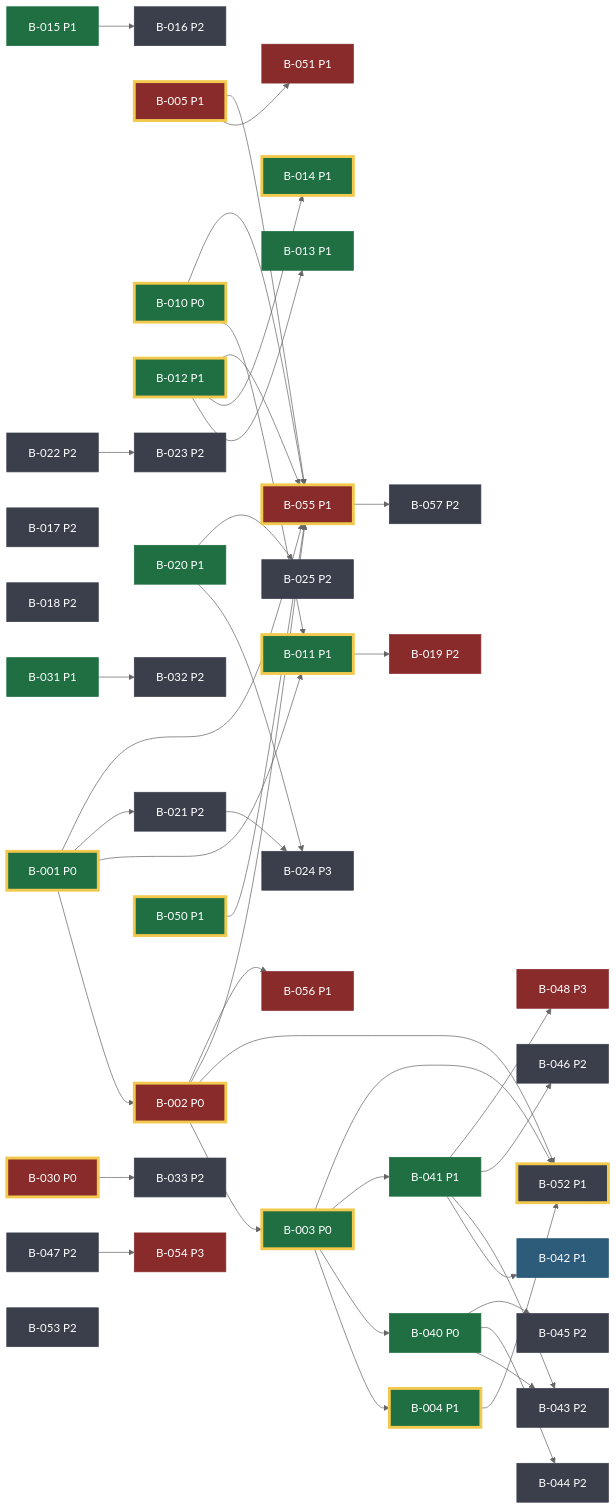
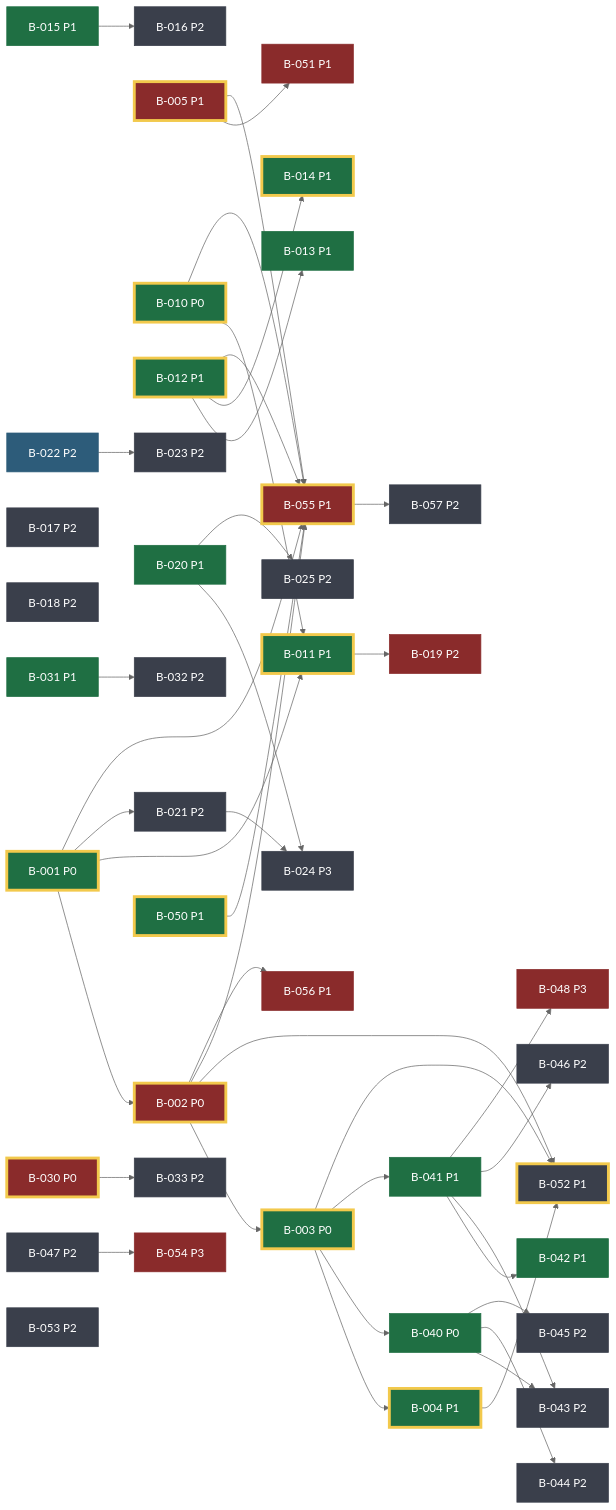
One commit to SaginbekDaniel/SYNAPTIC-LABS changed the diagram in docs/handoff/DEPENDENCY_MAP.md. Above: the diagram before and after it, drawn with Mermaid (neutral theme). The commit also changed 7 other files, not shown here.

First line of the commit message:
B-022: graph stage on screen on arrival - filters closed unless one is active

```diff
--- a/docs/handoff/DEPENDENCY_MAP.md
+++ b/docs/handoff/DEPENDENCY_MAP.md
@@ -31,7 +31,7 @@
   B019["B-019 P2"]:::blocked
   B020["B-020 P1"]:::done
   B021["B-021 P2"]:::todo
-  B022["B-022 P2"]:::todo
+  B022["B-022 P2"]:::verified
   B023["B-023 P2"]:::todo
   B024["B-024 P3"]:::todo
   B025["B-025 P2"]:::todo
@@ -41,7 +41,7 @@
   B033["B-033 P2"]:::todo
   B040["B-040 P0"]:::done
   B041["B-041 P1"]:::done
-  B042["B-042 P1"]:::verified
+  B042["B-042 P1"]:::done
   B043["B-043 P2"]:::todo
   B044["B-044 P2"]:::todo
   B045["B-045 P2"]:::todo
```
